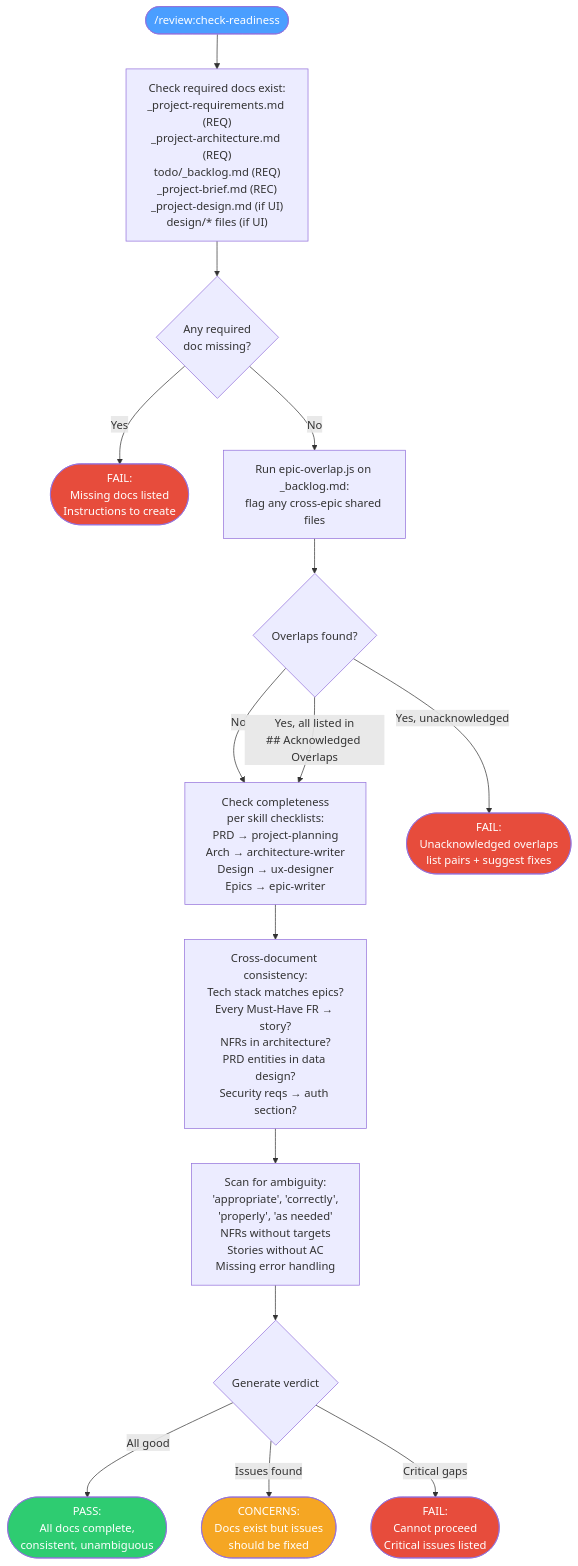
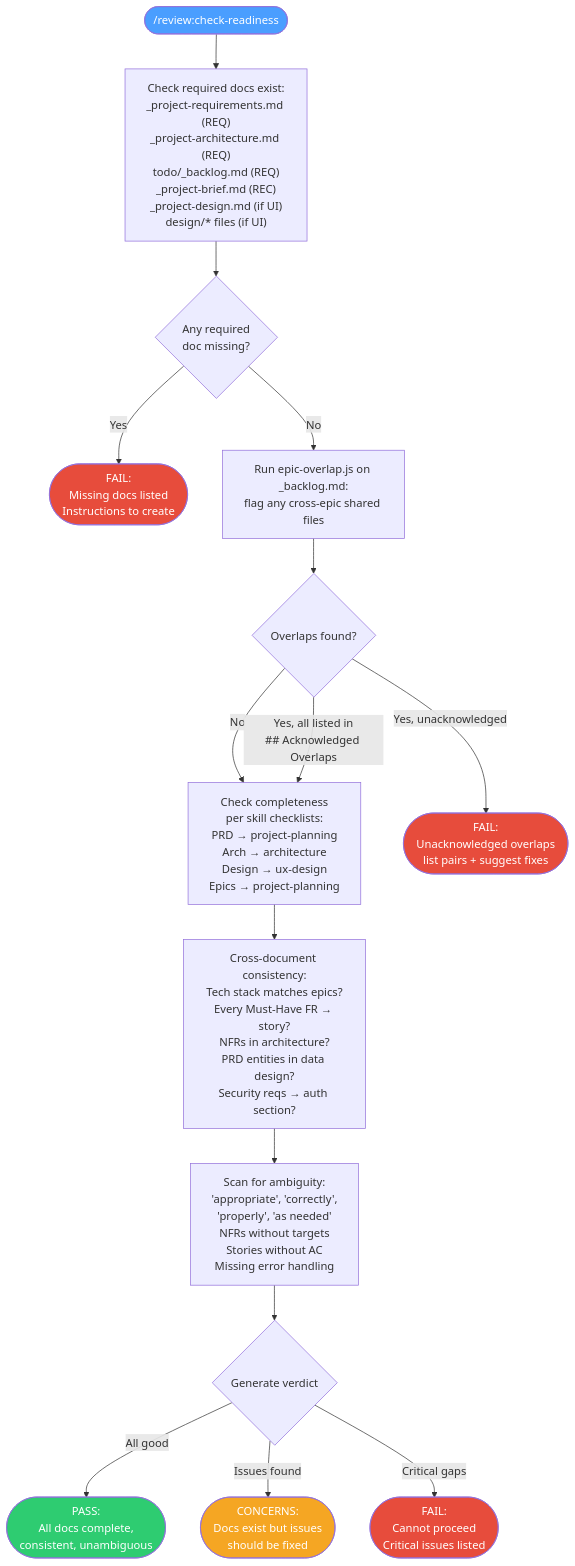
Diagram 24 of 37 in docs/reference/commands.md (Domdhi/Agents.Domdhi), drawn with Mermaid before and after one commit. The commit also changed other lines of this file and 113 other files, not shown here.

````diff
--- a/docs/reference/commands.md
+++ b/docs/reference/commands.md
@@ -1137,32 +1155,32 @@
 ```mermaid
 flowchart TD
     START(["/review:check-readiness"]) --> DOCS["Check required docs exist:\n_project-requirements.md (REQ)\n_project-architecture.md (REQ)\ntodo/_backlog.md (REQ)\n_project-brief.md (REC)\n_project-design.md (if UI)\ndesign/* files (if UI)"]
 
     DOCS --> MISSING{Any required\ndoc missing?}
     MISSING -->|Yes| FAIL_FAST(["FAIL:\nMissing docs listed\nInstructions to create"])
 
     MISSING -->|No| OVERLAP["Run epic-overlap.js on _backlog.md:\nflag any cross-epic shared files"]
 
     OVERLAP --> ACK{Overlaps found?}
     ACK -->|No| COMPLETE
     ACK -->|Yes, all listed in\n## Acknowledged Overlaps| COMPLETE
     ACK -->|Yes, unacknowledged| FAIL_OVERLAP(["FAIL:\nUnacknowledged overlaps\nlist pairs + suggest fixes"])
 
-    COMPLETE["Check completeness\nper skill checklists:\nPRD → project-planning\nArch → architecture-writer\nDesign → ux-designer\nEpics → epic-writer"]
+    COMPLETE["Check completeness\nper skill checklists:\nPRD → project-planning\nArch → architecture\nDesign → ux-design\nEpics → project-planning"]
 
     COMPLETE --> CONSISTENCY["Cross-document consistency:\nTech stack matches epics?\nEvery Must-Have FR → story?\nNFRs in architecture?\nPRD entities in data design?\nSecurity reqs → auth section?"]
 
     CONSISTENCY --> AMBIGUITY["Scan for ambiguity:\n'appropriate', 'correctly',\n'properly', 'as needed'\nNFRs without targets\nStories without AC\nMissing error handling"]
 
     AMBIGUITY --> VERDICT{Generate verdict}
     VERDICT -->|All good| PASS(["PASS:\nAll docs complete,\nconsistent, unambiguous"])
     VERDICT -->|Issues found| CONCERNS(["CONCERNS:\nDocs exist but issues\nshould be fixed"])
     VERDICT -->|Critical gaps| FAIL(["FAIL:\nCannot proceed\nCritical issues listed"])
 
     style START fill:#4a9eff,color:#fff
     style FAIL_FAST fill:#e74c3c,color:#fff
     style FAIL_OVERLAP fill:#e74c3c,color:#fff
     style PASS fill:#2ecc71,color:#fff
     style CONCERNS fill:#f5a623,color:#fff
     style FAIL fill:#e74c3c,color:#fff
 ```
````
